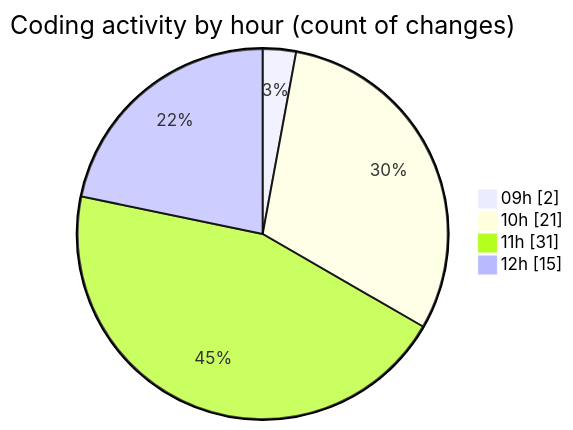
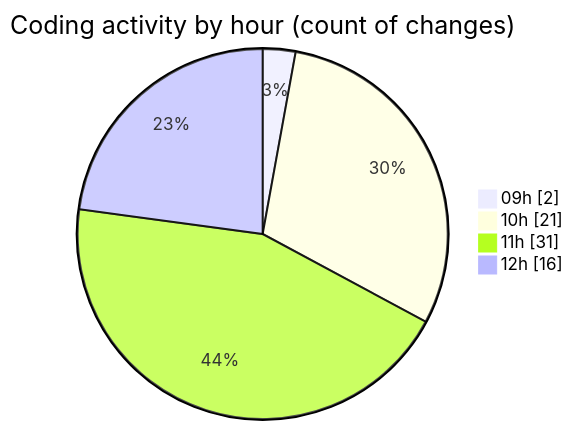
Before and after one commit to LanceThiago/code-tracking: the second of 2 diagrams in 2025-03-27/kml/README.md, drawn with Mermaid. The commit also changed other lines of this file and 1 other file, not shown here.

````diff
--- a/2025-03-27/kml/README.md
+++ b/2025-03-27/kml/README.md
@@ -40,8 +40,8 @@
 ```mermaid
 pie showData
 title Coding activity by hour (count of changes)
 "09h" : 2
 "10h" : 21
 "11h" : 31
-"12h" : 15
+"12h" : 16
 ```
````
